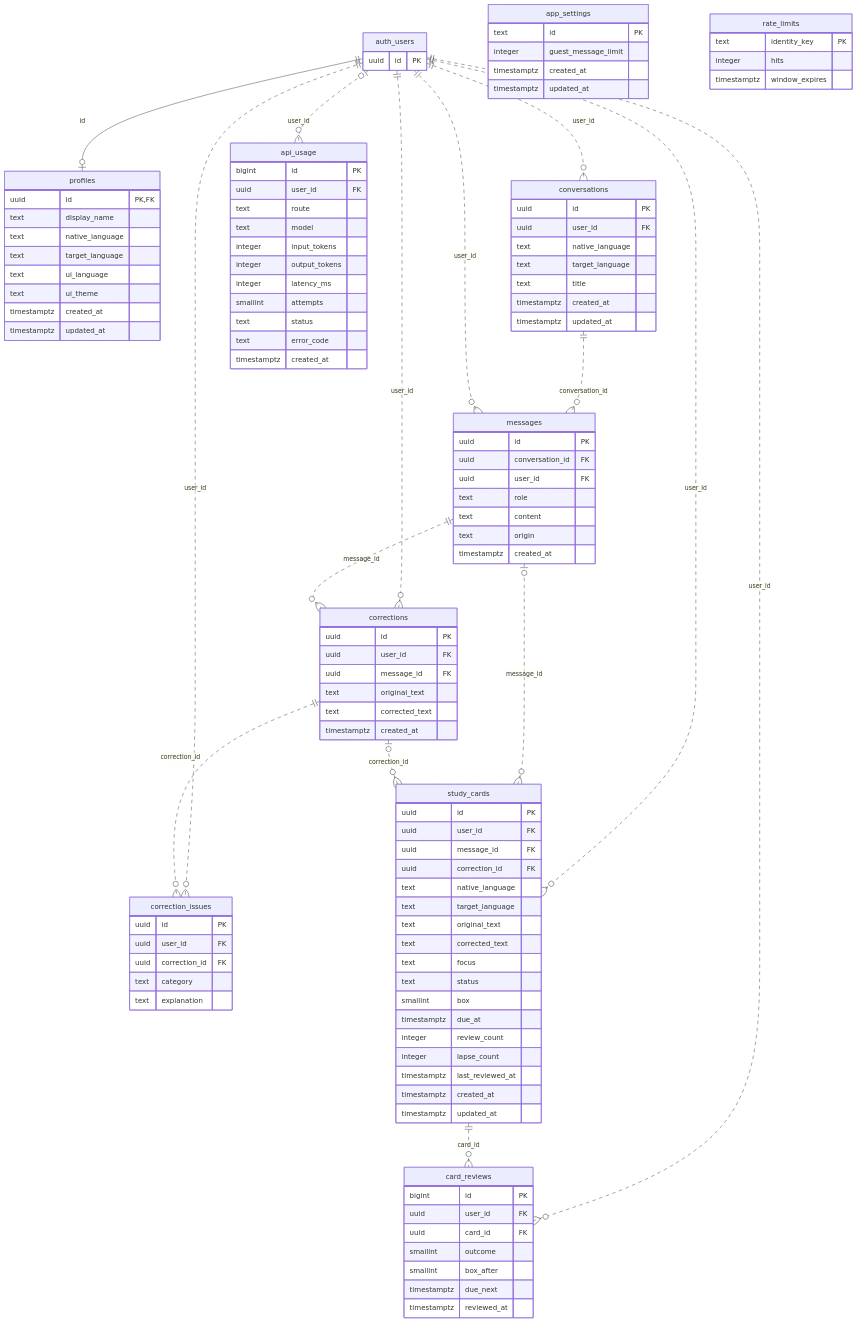
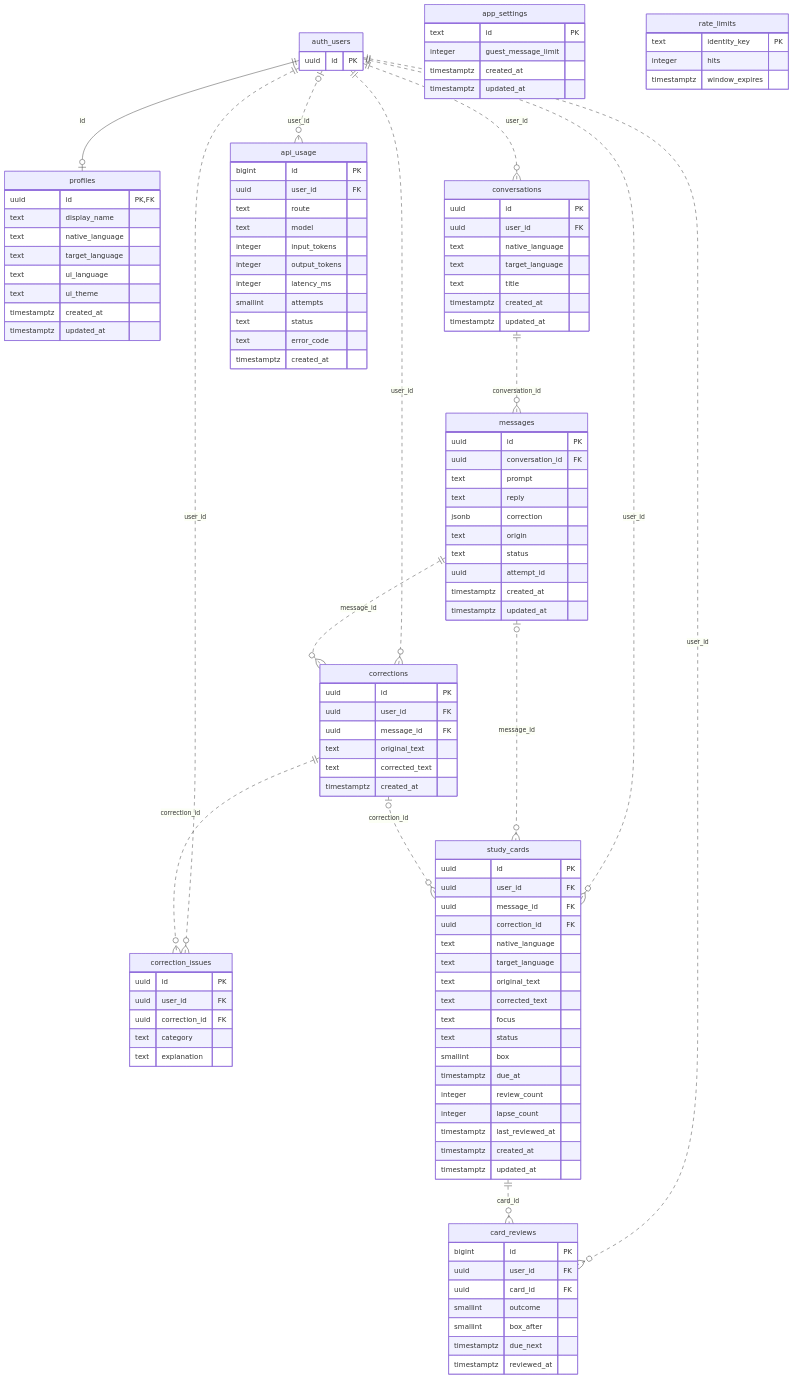
One commit to Yvesei/LangBot changed the fifth of 5 diagrams in README.md. Above: the diagram before and after it, drawn with Mermaid. The commit also changed other lines of this file and 50 other files, not shown here.

```diff
--- a/README.md
+++ b/README.md
@@ -291,11 +293,14 @@
     messages {
         uuid id PK
         uuid conversation_id FK
-        uuid user_id FK
-        text role
-        text content
+        text prompt
+        text reply
+        jsonb correction
         text origin
+        text status
+        uuid attempt_id
         timestamptz created_at
+        timestamptz updated_at
     }
 
     corrections {
@@ -368,7 +373,6 @@
     auth_users ||--o| profiles : id
     auth_users ||..o{ conversations : user_id
     conversations ||..o{ messages : conversation_id
-    auth_users ||..o{ messages : user_id
     auth_users ||..o{ corrections : user_id
     messages ||..o{ corrections : message_id
     auth_users ||..o{ correction_issues : user_id
```
